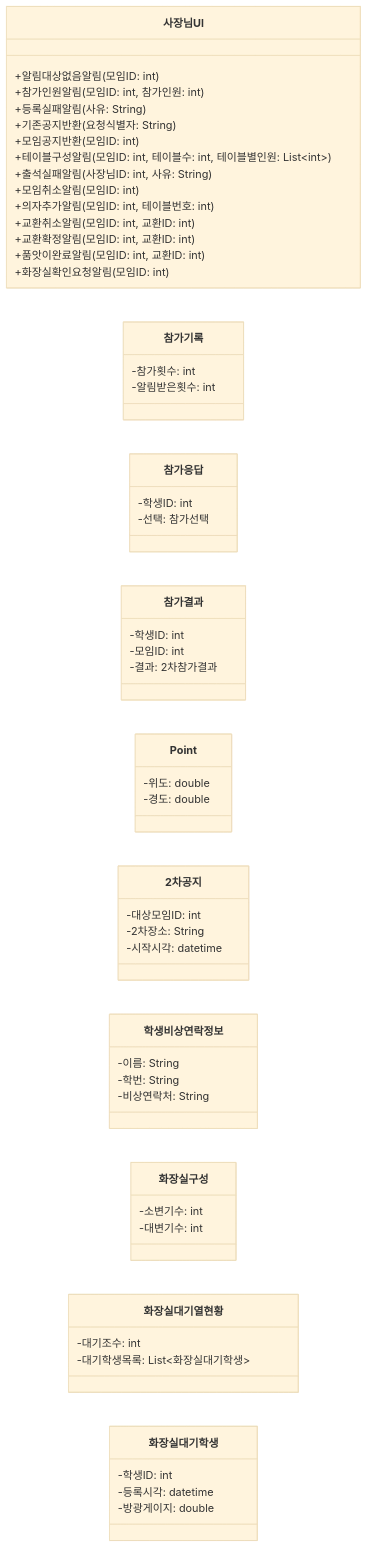
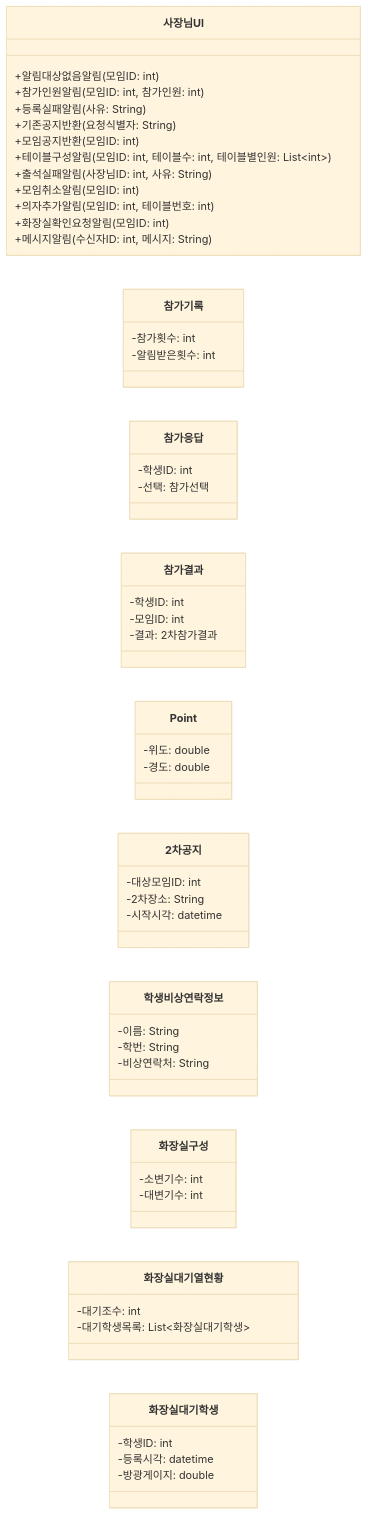
Before and after one commit to hojae3/sw-engineering-16: the tenth of 12 diagrams in class-diagram/class-diagram.md, drawn with Mermaid (base theme). The commit also changed other lines of this file and 9 other files, not shown here.

````diff
--- a/class-diagram/class-diagram.md
+++ b/class-diagram/class-diagram.md
@@ -783,59 +783,57 @@
 ```mermaid
 classDiagram
     direction LR
     class OwnerUI["사장님UI"] {
         +알림대상없음알림(모임ID: int)
         +참가인원알림(모임ID: int, 참가인원: int)
         +등록실패알림(사유: String)
         +기존공지반환(요청식별자: String)
         +모임공지반환(모임ID: int)
         +테이블구성알림(모임ID: int, 테이블수: int, 테이블별인원: List~int~)
         +출석실패알림(사장님ID: int, 사유: String)
         +모임취소알림(모임ID: int)
         +의자추가알림(모임ID: int, 테이블번호: int)
-        +교환취소알림(모임ID: int, 교환ID: int)
-        +교환확정알림(모임ID: int, 교환ID: int)
-        +품앗이완료알림(모임ID: int, 교환ID: int)
         +화장실확인요청알림(모임ID: int)
+        +메시지알림(수신자ID: int, 메시지: String)
     }
     class ParticipationRecord["참가기록"] {
         -참가횟수: int
         -알림받은횟수: int
     }
     class ParticipationResponse["참가응답"] {
         -학생ID: int
         -선택: 참가선택
     }
     class ParticipationResult["참가결과"] {
         -학생ID: int
         -모임ID: int
         -결과: 2차참가결과
     }
     class Point["Point"] {
         -위도: double
         -경도: double
     }
     class SecondNotice["2차공지"] {
         -대상모임ID: int
         -2차장소: String
         -시작시각: datetime
     }
     class StudentEmergencyContact["학생비상연락정보"] {
         -이름: String
         -학번: String
         -비상연락처: String
     }
     class ToiletConfig["화장실구성"] {
         -소변기수: int
         -대변기수: int
     }
     class ToiletQueueStatus["화장실대기열현황"] {
         -대기조수: int
         -대기학생목록: List~화장실대기학생~
     }
     class ToiletWaitStudent["화장실대기학생"] {
         -학생ID: int
         -등록시각: datetime
         -방광게이지: double
     }
 ```
````
